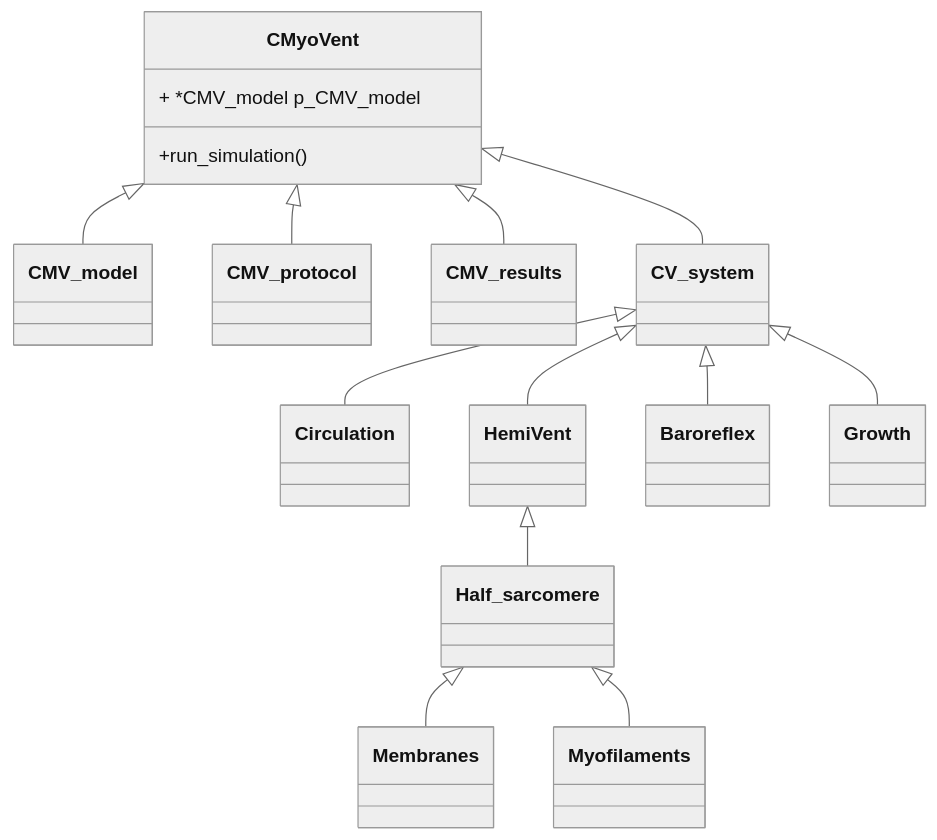
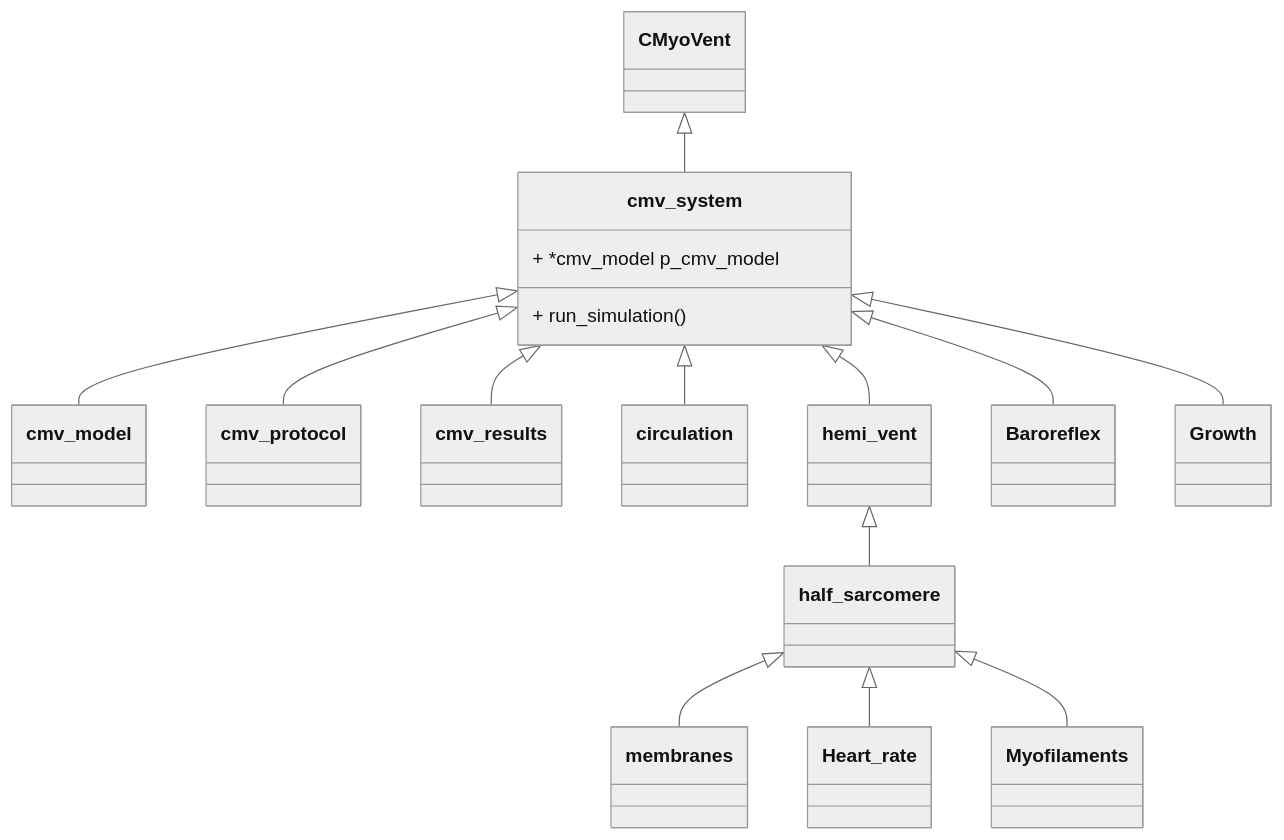
The diagram in README.md (Campbell-Muscle-Lab/MyoVent), drawn with Mermaid (neutral theme) before and after one commit. The commit also changed 51 other files, not shown here.

`````diff
--- a/README.md
+++ b/README.md
@@ -3,20 +3,22 @@
 ````mermaid
 
 classDiagram
 
-    CMyoVent <|-- CMV_model
-    CMyoVent <|-- CMV_protocol
-    CMyoVent <|-- CMV_results
-    CMyoVent <|-- CV_system
-    CV_system <|-- Circulation
-    CV_system <|-- HemiVent
-    CV_system <|-- Baroreflex
-    CV_system <|-- Growth
-    HemiVent <|-- Half_sarcomere
-    Half_sarcomere <|-- Membranes
-    Half_sarcomere <|-- Myofilaments
+    CMyoVent <|-- cmv_system
+    cmv_system <|-- cmv_model
+    cmv_system <|-- cmv_protocol
+    cmv_system <|-- cmv_results
+    cmv_system <|-- circulation
+    cmv_system <|-- hemi_vent
+    cmv_system <|-- Baroreflex
+    cmv_system <|-- Growth
+    hemi_vent <|-- half_sarcomere
+    half_sarcomere <|-- membranes
+    half_sarcomere <|-- Heart_rate
+    half_sarcomere <|-- Myofilaments
     
-    CMyoVent: + *CMV_model p_CMV_model
-    CMyoVent: +run_simulation()
+    cmv_system: + *cmv_model p_cmv_model
+    cmv_system: + run_simulation()
+
 
 ````
`````
